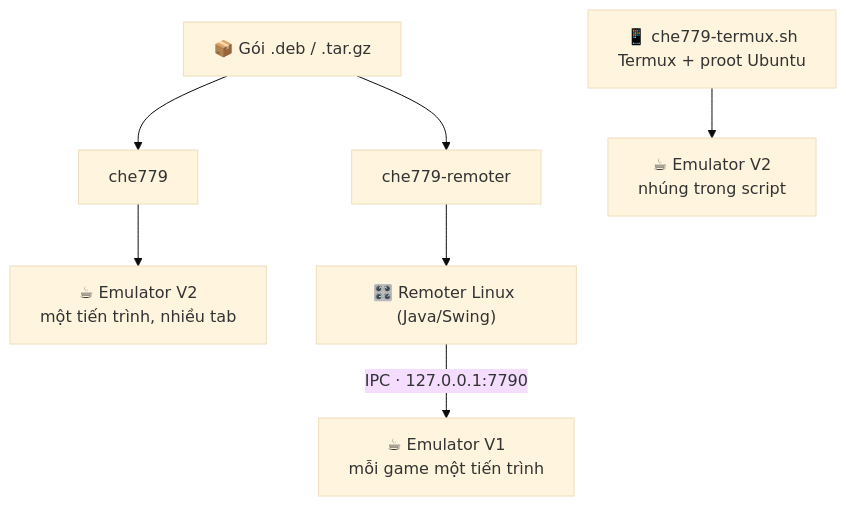
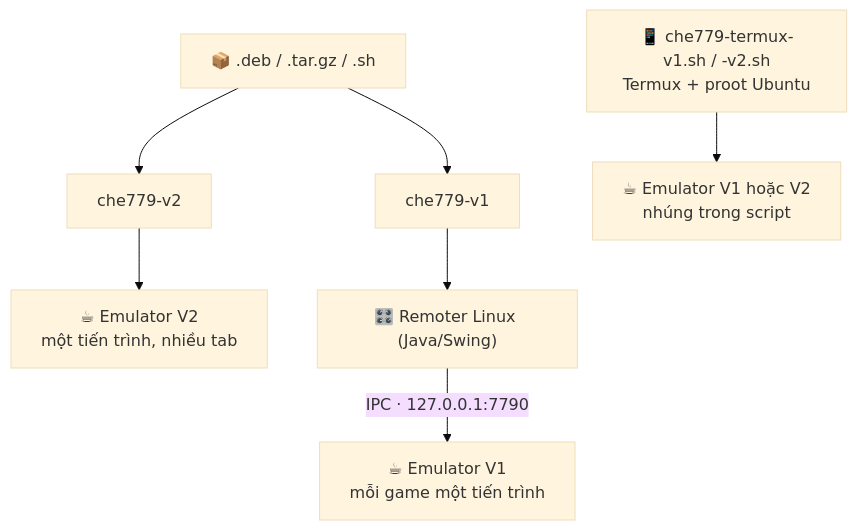
One commit to Kidtomboy/Che779-Linux changed the diagram in README.md. Above: the diagram before and after it, drawn with Mermaid (base theme). The commit also changed other lines of this file and 33 other files, not shown here.

Commit message:
Tách V1/V2 cho Linux và Termux: mọi file .sh, .tar.gz, .deb kèm -v1 hoặc -v2

````diff
--- a/README.md
+++ b/README.md
@@ -168,9 +169,9 @@
 ```mermaid
 flowchart TD
-    D["📦 Gói .deb / .tar.gz"] --> C1["che779"]
-    D --> C2["che779-remoter"]
+    D["📦 .deb / .tar.gz / .sh"] --> C1["che779-v2"]
+    D --> C2["che779-v1"]
     C1 --> V2["☕ Emulator V2<br/>một tiến trình, nhiều tab"]
     C2 --> R["🎛️ Remoter Linux (Java/Swing)"]
     R -- "IPC · 127.0.0.1:7790" --> V1["☕ Emulator V1<br/>mỗi game một tiến trình"]
-    T["📱 che779-termux.sh<br/>Termux + proot Ubuntu"] --> V2T["☕ Emulator V2<br/>nhúng trong script"]
+    T["📱 che779-termux-v1.sh / -v2.sh<br/>Termux + proot Ubuntu"] --> VT["☕ Emulator V1 hoặc V2<br/>nhúng trong script"]
 ```
````
